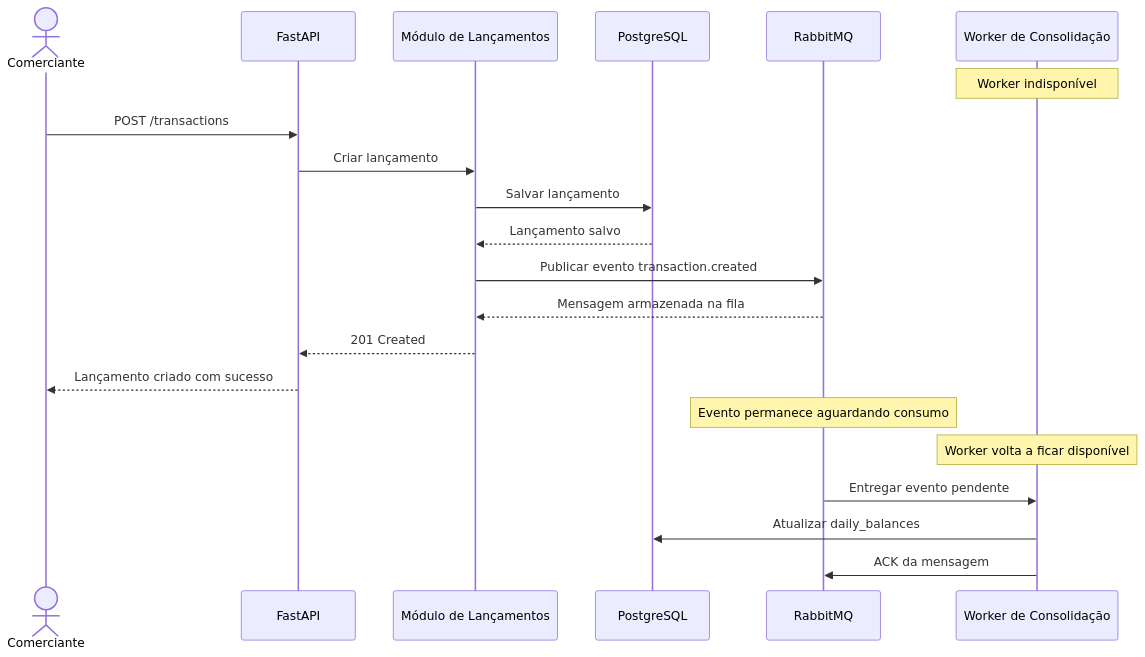
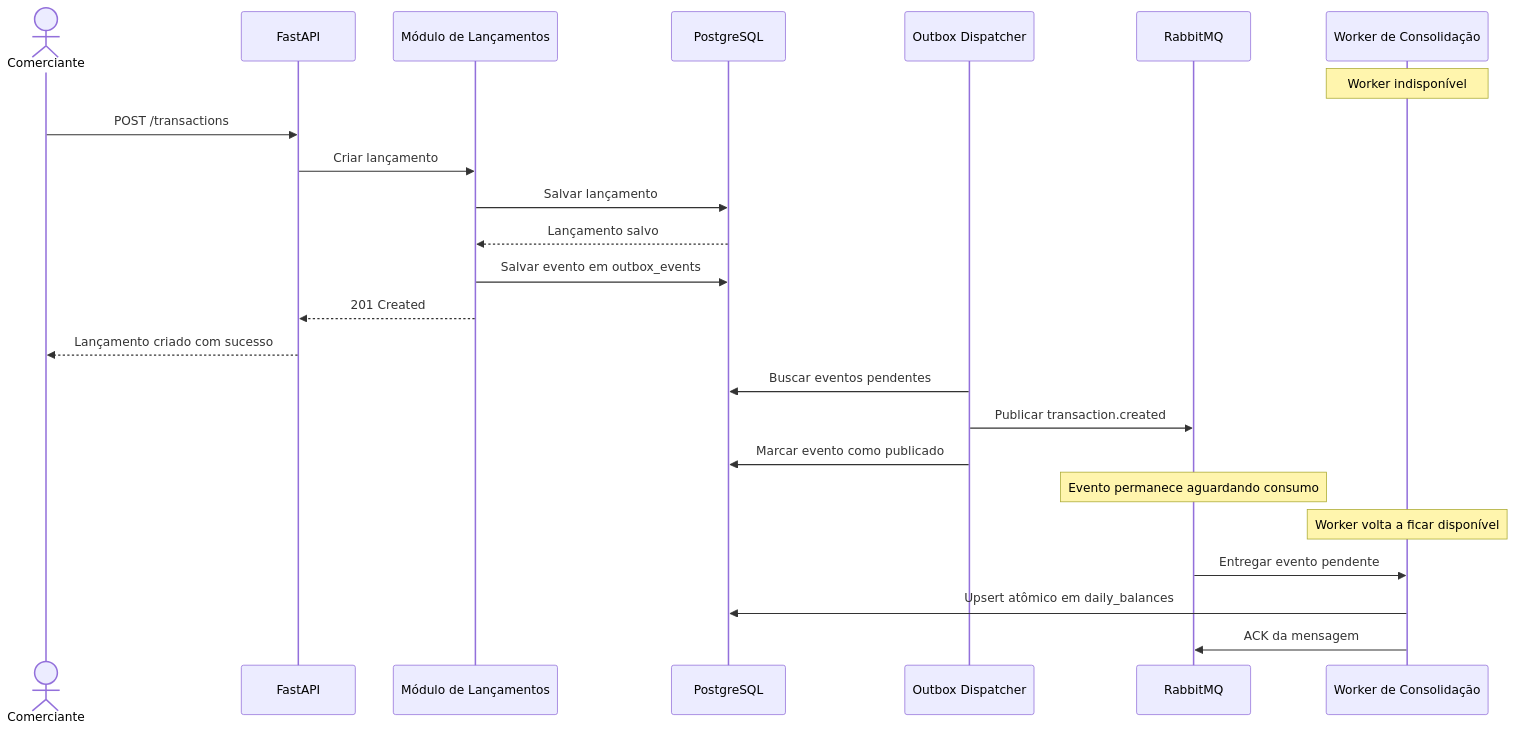
The fourth of 7 diagrams in docs/architecture.md (evosoftwares/cashflow-challenge-Gabriel), drawn with Mermaid before and after one commit. The commit also changed other lines of this file and 28 other files, not shown here.

````diff
--- a/docs/architecture.md
+++ b/docs/architecture.md
@@ -108,23 +117,26 @@
 ```mermaid
 sequenceDiagram
     actor User as Comerciante
     participant API as FastAPI
     participant Transaction as Módulo de Lançamentos
     participant DB as PostgreSQL
+    participant Dispatcher as Outbox Dispatcher
     participant MQ as RabbitMQ
     participant Worker as Worker de Consolidação
     Note over Worker: Worker indisponível
     User->>API: POST /transactions
     API->>Transaction: Criar lançamento
     Transaction->>DB: Salvar lançamento
     DB-->>Transaction: Lançamento salvo
-    Transaction->>MQ: Publicar evento transaction.created
-    MQ-->>Transaction: Mensagem armazenada na fila
+    Transaction->>DB: Salvar evento em outbox_events
     Transaction-->>API: 201 Created
     API-->>User: Lançamento criado com sucesso
+    Dispatcher->>DB: Buscar eventos pendentes
+    Dispatcher->>MQ: Publicar transaction.created
+    Dispatcher->>DB: Marcar evento como publicado
     Note over MQ: Evento permanece aguardando consumo
     Note over Worker: Worker volta a ficar disponível
     MQ->>Worker: Entregar evento pendente
-    Worker->>DB: Atualizar daily_balances
+    Worker->>DB: Upsert atômico em daily_balances
     Worker->>MQ: ACK da mensagem
 ```
````
